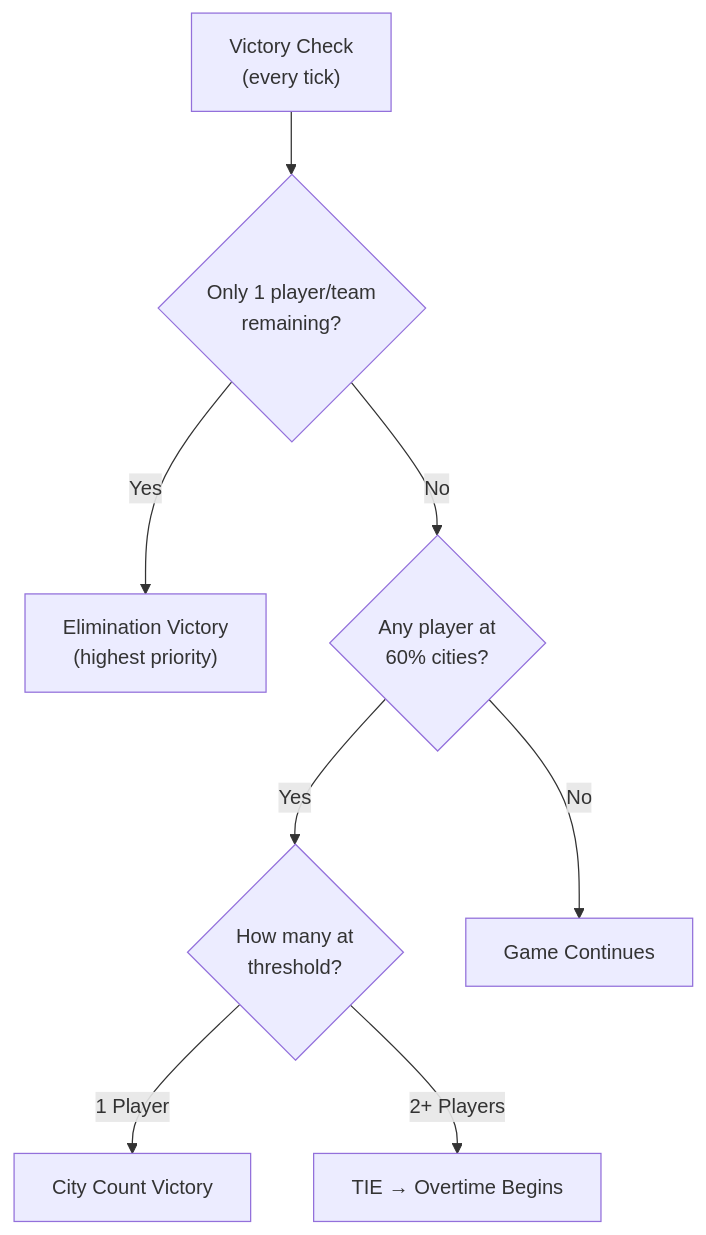
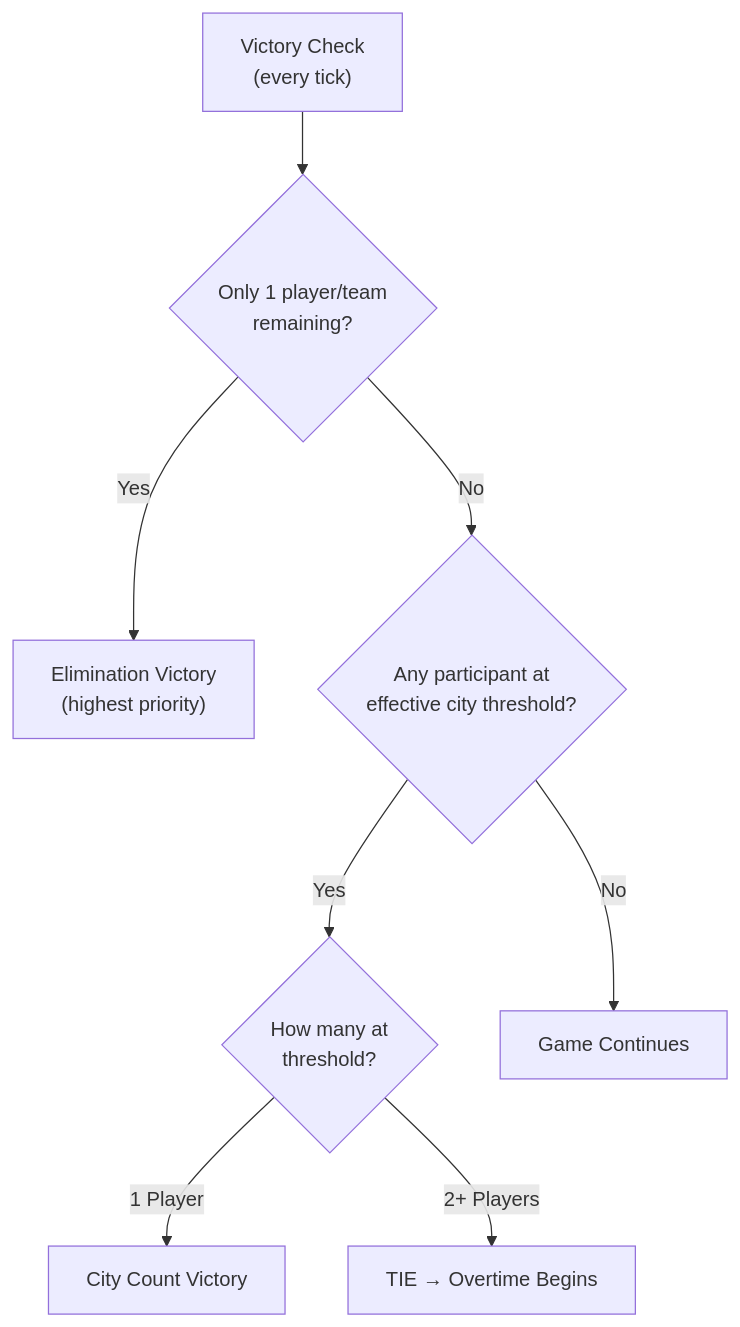
Before and after one commit to Warcraft-3-Risk/wc3-risk-system: the first of 7 diagrams in docs/gameplay/victory.md, drawn with Mermaid. The commit also changed other lines of this file and 15 other files, not shown here.

First line of the commit message:
feat: add banked victory points to effective city victory progress

````diff
--- a/docs/gameplay/victory.md
+++ b/docs/gameplay/victory.md
@@ -26,11 +26,11 @@
 ```mermaid
 flowchart TD
     Check["Victory Check<br/>(every tick)"]
     Check --> E{"Only 1 player/team<br/>remaining?"}
     E -- Yes --> EWin["Elimination Victory<br/>(highest priority)"]
-    E -- No --> C{"Any player at<br/>60% cities?"}
+    E -- No --> C{"Any participant at<br/>effective city threshold?"}
     C -- Yes --> Count{"How many at<br/>threshold?"}
     C -- No --> Continue["Game Continues"]
     Count -- 1 Player --> CWin["City Count Victory"]
     Count -- 2+ Players --> Tie["TIE → Overtime Begins"]
 ```
````
